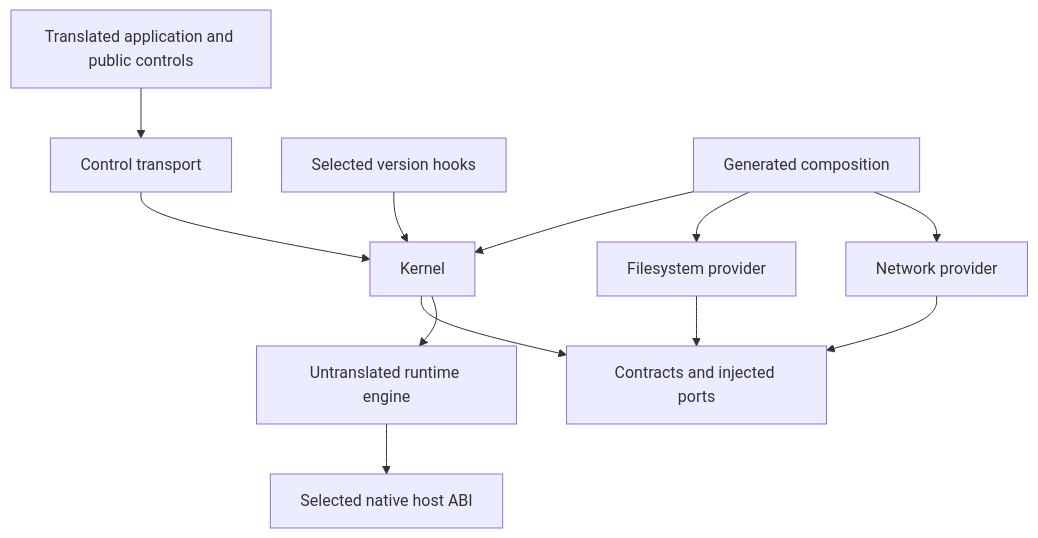
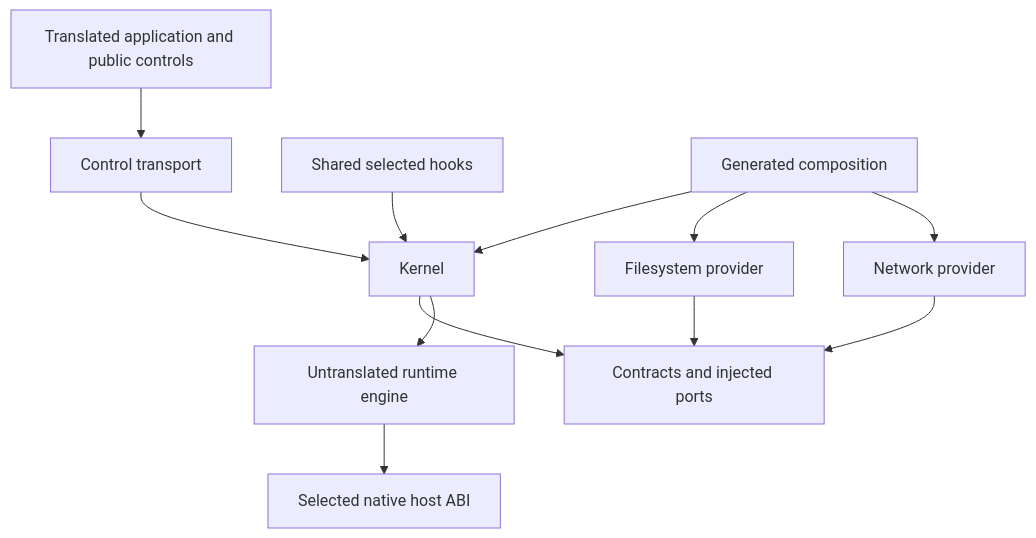
Before and after one commit to neria-cloud/gosim: the diagram in docs/design.md, drawn with Mermaid. The commit also changed other lines of this file and 22 other files, not shown here.

````diff
--- a/docs/design.md
+++ b/docs/design.md
@@ -31,14 +32,14 @@
 ```mermaid
 flowchart TD
     App[Translated application and public controls] --> Control[Control transport]
-    Hooks[Selected version hooks] --> Kernel[Kernel]
+    Hooks[Shared selected hooks] --> Kernel[Kernel]
     Control --> Kernel
     Compose[Generated composition] --> Kernel
     Compose --> FS[Filesystem provider]
     Compose --> Net[Network provider]
     FS --> Contracts[Contracts and injected ports]
     Net --> Contracts
     Kernel --> Contracts
     Kernel --> Engine[Untranslated runtime engine]
     Engine --> Host[Selected native host ABI]
 ```
````
